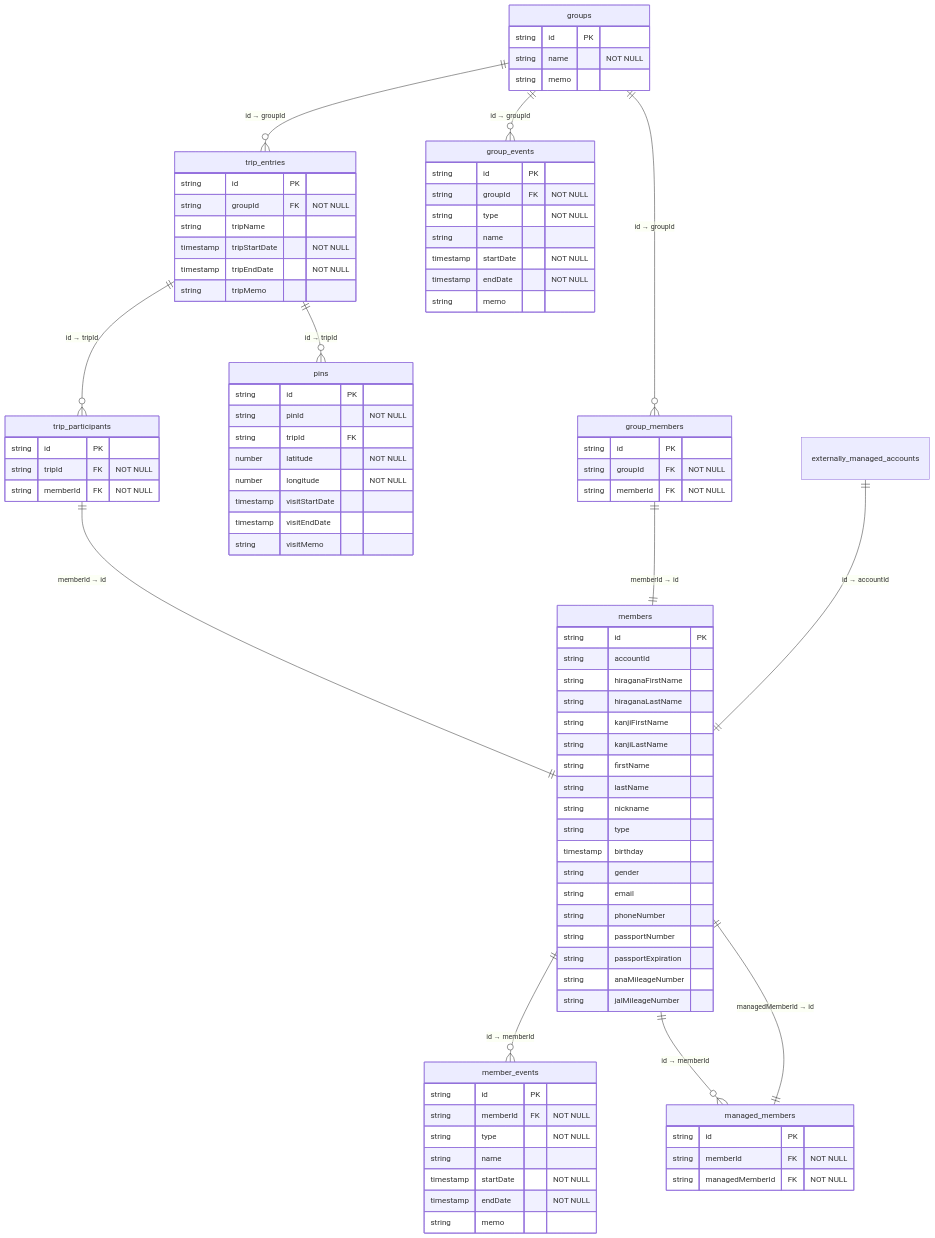
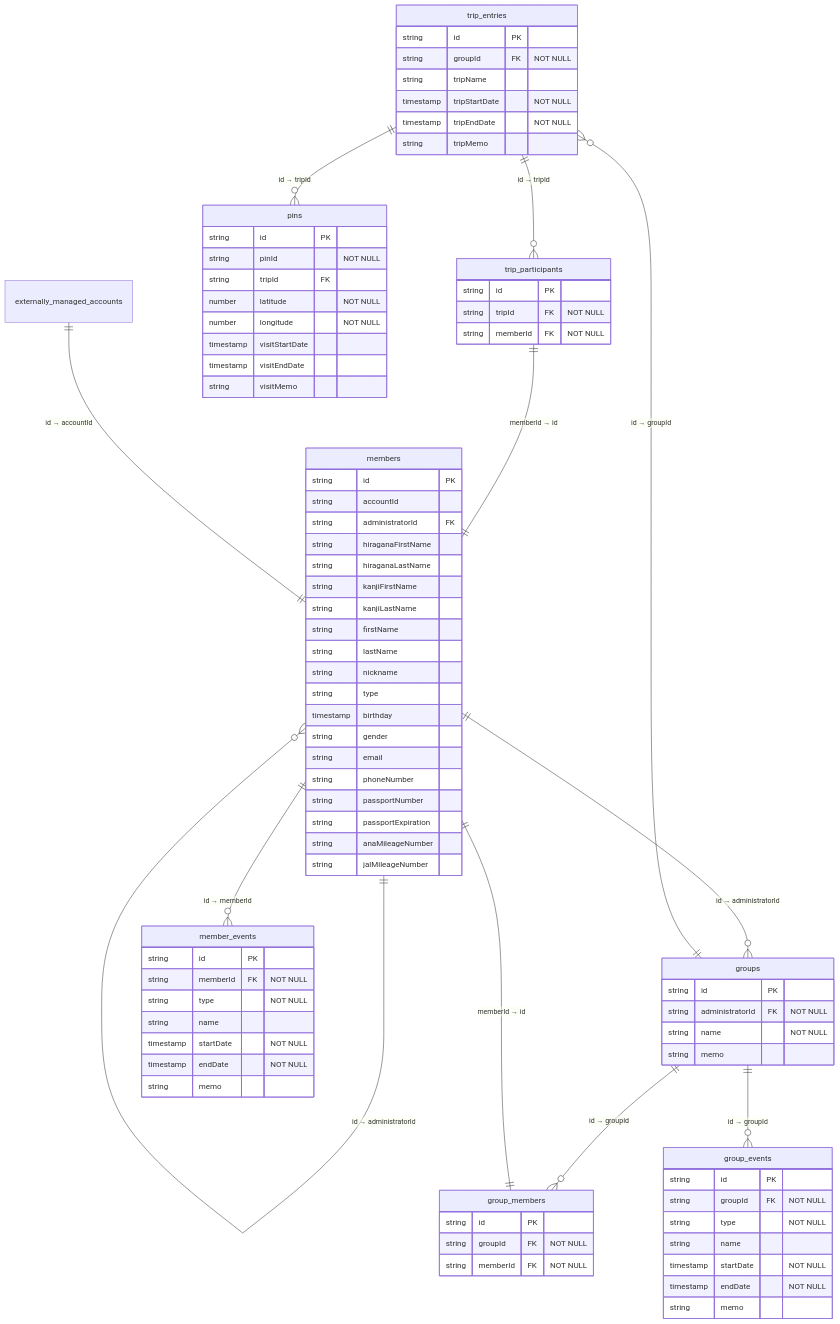
One commit to taka-016/memora changed the diagram in doc/er_diagram.md. Above: the diagram before and after it, drawn with Mermaid. The commit also changed 14 other files, not shown here.

````diff
--- a/doc/er_diagram.md
+++ b/doc/er_diagram.md
@@ -27,6 +27,7 @@
     }
     groups {
         string id PK
+        string administratorId FK "NOT NULL"
         string name "NOT NULL"
         string memo
     }
@@ -47,6 +48,7 @@
     members {
         string id PK
         string accountId
+        string administratorId FK
         string hiraganaFirstName
         string hiraganaLastName
         string kanjiFirstName
@@ -73,11 +75,6 @@
         timestamp endDate "NOT NULL"
         string memo
     }
-    managed_members {
-        string id PK
-        string memberId FK "NOT NULL"
-        string managedMemberId FK "NOT NULL"
-    }
 
     trip_entries ||--o{ trip_participants : "id → tripId"
     trip_participants ||--|| members : "memberId → id"
@@ -88,6 +85,6 @@
     groups ||--o{ group_events : "id → groupId"
     groups ||--o{ trip_entries : "id → groupId"
     externally_managed_accounts ||--|| members : "id → accountId"
-    members ||--o{ managed_members : "id → memberId"
-    managed_members ||--|| members : "managedMemberId → id"
+    members ||--o{ members : "id → administratorId"
+    members ||--o{ groups : "id → administratorId"
 ```
````
